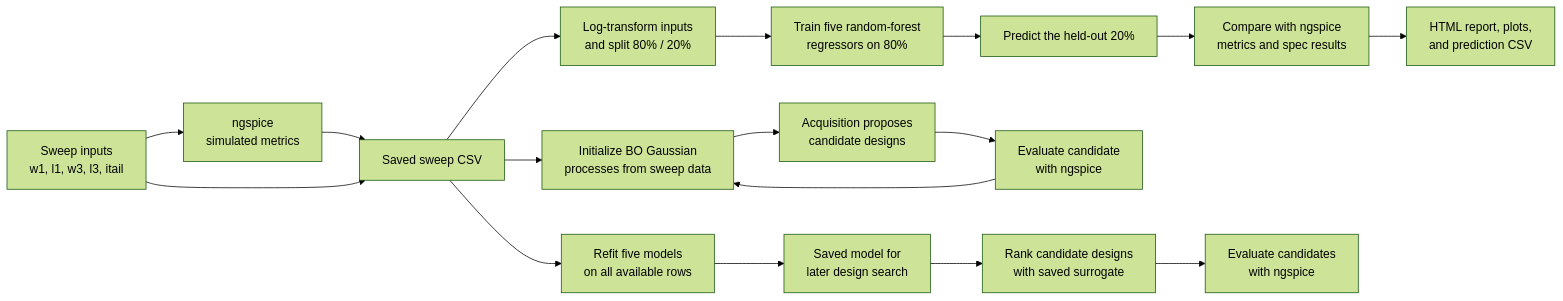
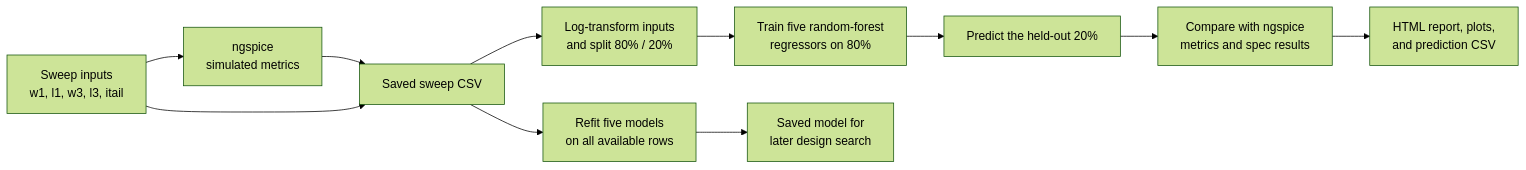
The first of 2 diagrams in README.md (flickerdog/analog-ml), drawn with Mermaid (forest theme) before and after one commit. The commit also changed other lines of this file and 31 other files, not shown here.

````diff
--- a/README.md
+++ b/README.md
@@ -141,19 +160,13 @@
 ```mermaid
 flowchart LR
     A["Sweep inputs<br/>w1, l1, w3, l3, itail"] --> B["ngspice<br/>simulated metrics"]
     B --> C["Saved sweep CSV"]
     A --> C
     C --> D["Log-transform inputs<br/>and split 80% / 20%"]
     D --> E["Train five random-forest<br/>regressors on 80%"]
     E --> F["Predict the held-out 20%"]
     F --> G["Compare with ngspice<br/>metrics and spec results"]
     G --> H["HTML report, plots,<br/>and prediction CSV"]
     C --> I["Refit five models<br/>on all available rows"]
     I --> J["Saved model for<br/>later design search"]
-    C --> K["Initialize BO Gaussian<br/>processes from sweep data"]
-    K --> L["Acquisition proposes<br/>candidate designs"]
-    L --> M["Evaluate candidate<br/>with ngspice"]
-    M --> K
-    J --> N["Rank candidate designs<br/>with saved surrogate"]
-    N --> O["Evaluate candidates<br/>with ngspice"]
 ```
````
